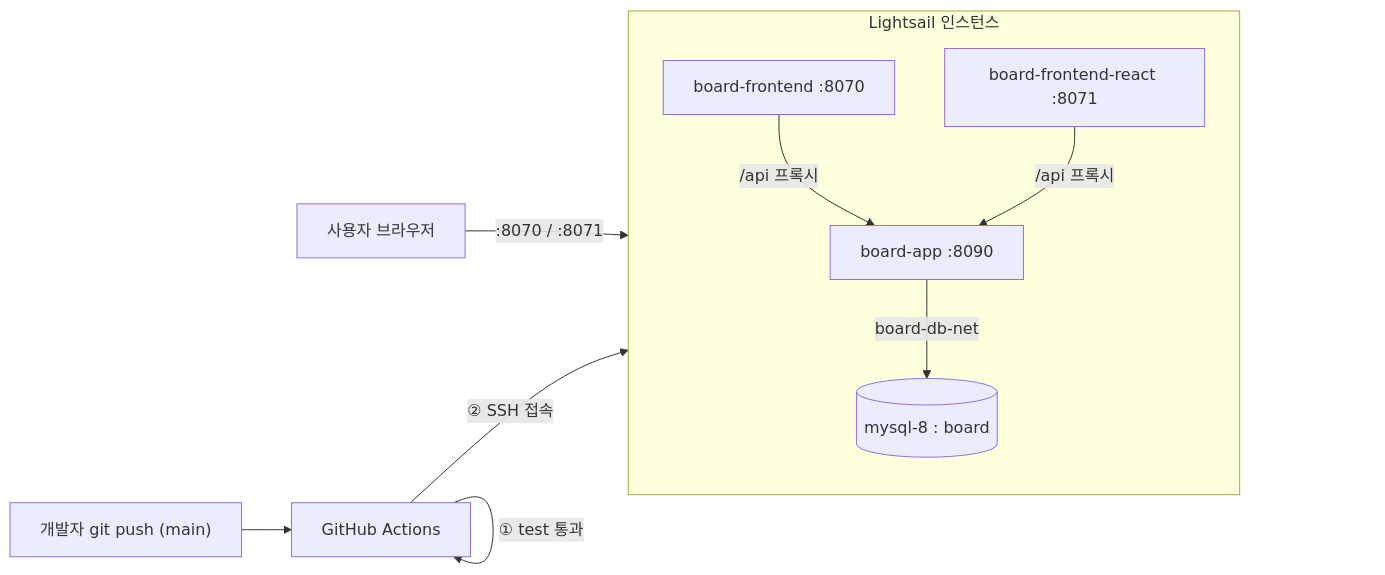
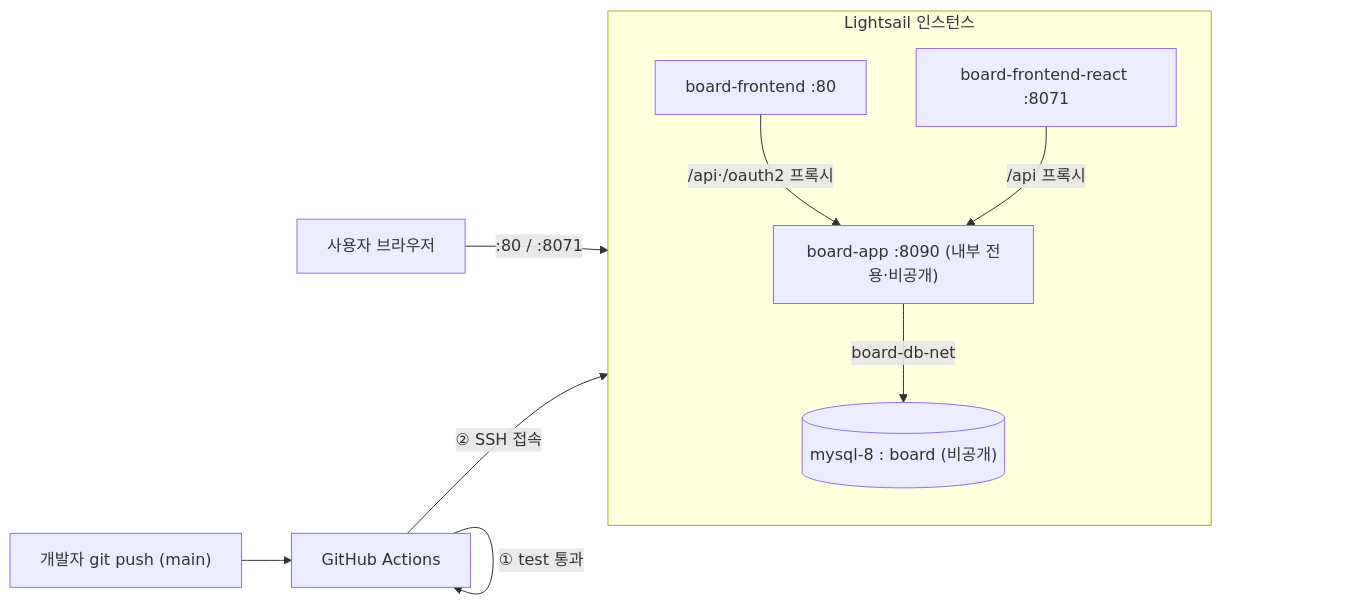
The diagram in docs/lecture/DEPLOY-LIGHTSAIL.md (icesnake72/boards), drawn with Mermaid before and after one commit. The commit also changed other lines of this file and 4 other files, not shown here.

````diff
--- a/docs/lecture/DEPLOY-LIGHTSAIL.md
+++ b/docs/lecture/DEPLOY-LIGHTSAIL.md
@@ -19,12 +19,12 @@
 ```mermaid
 flowchart LR
   DEV["개발자 git push (main)"] --> GH["GitHub Actions"]
   GH -->|"① test 통과"| GH
   GH -->|"② SSH 접속"| LS["Lightsail 3.34.173.34"]
   subgraph LS["Lightsail 인스턴스"]
-    APP["board-app :8090"] -->|"board-db-net"| DB[("mysql-8 : board")]
-    FE1["board-frontend :8070"] -->|"/api 프록시"| APP
+    APP["board-app :8090 (내부 전용·비공개)"] -->|"board-db-net"| DB[("mysql-8 : board (비공개)")]
+    FE1["board-frontend :80"] -->|"/api·/oauth2 프록시"| APP
     FE2["board-frontend-react :8071"] -->|"/api 프록시"| APP
   end
-  USER["사용자 브라우저"] -->|":8070 / :8071"| LS
+  USER["사용자 브라우저"] -->|":80 / :8071"| LS
 ```
````
